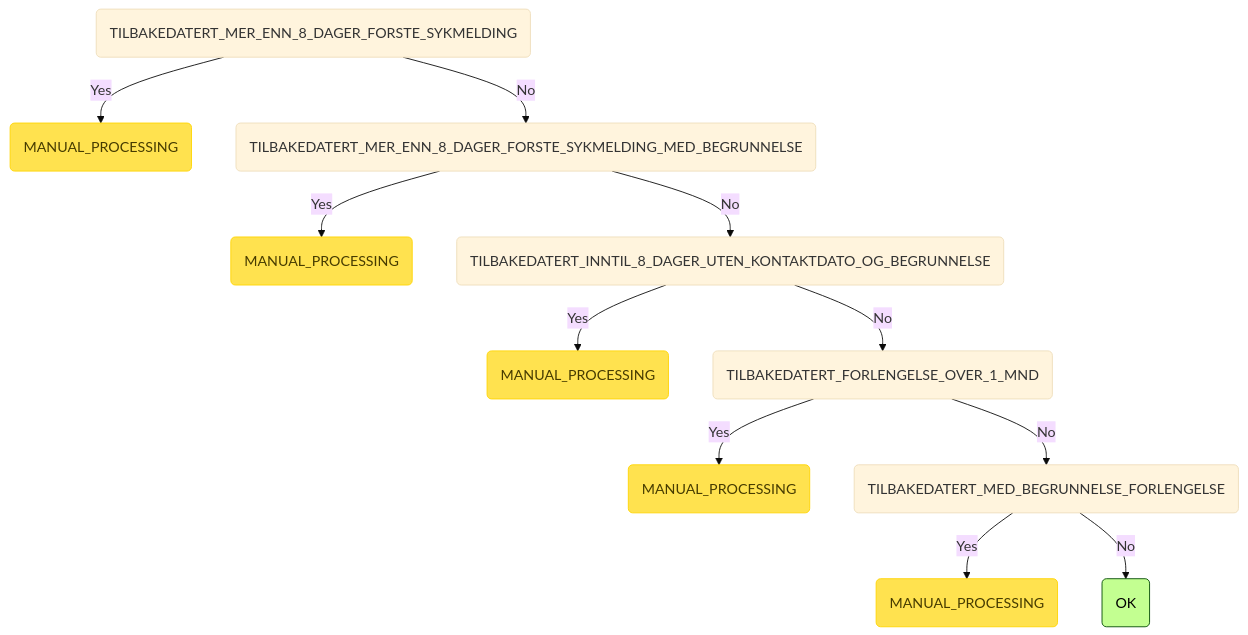
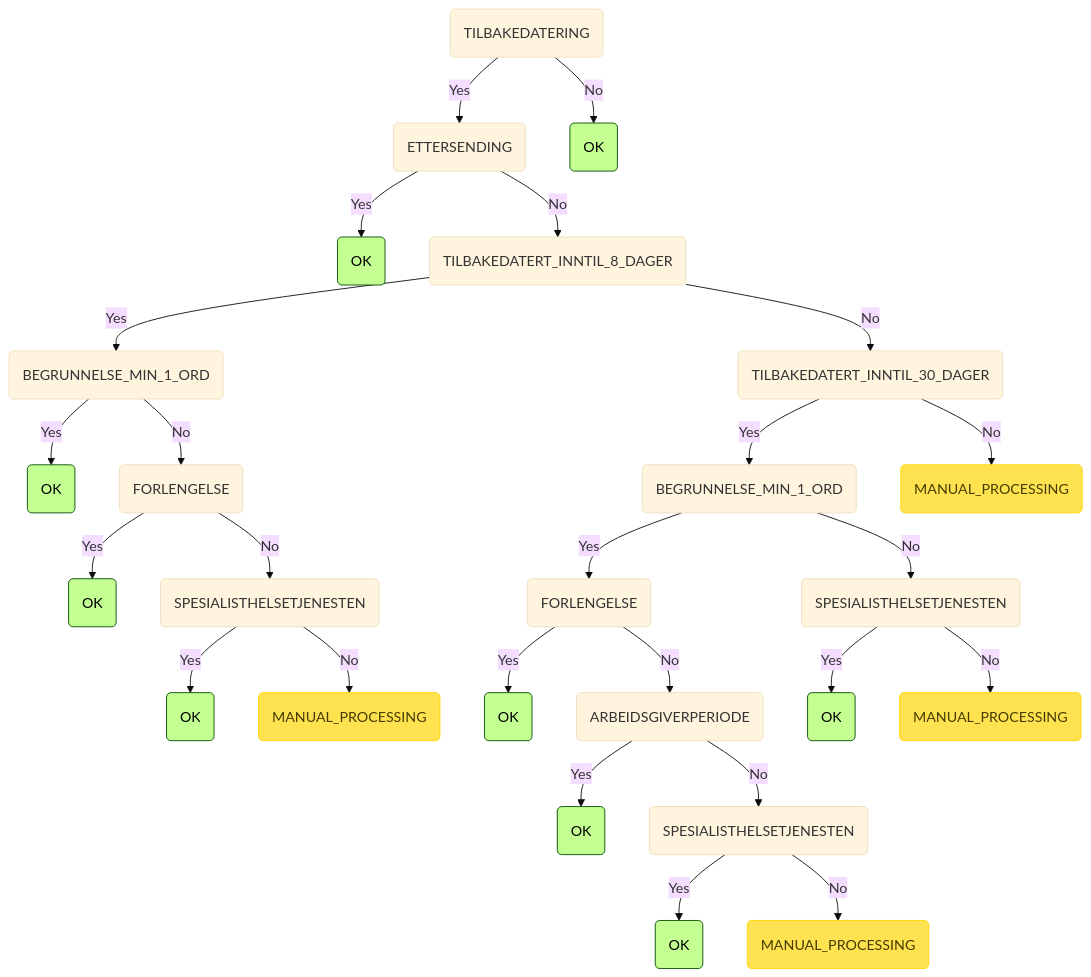
The fifth of 6 diagrams in README.md (navikt/syfosmpapirregler), drawn with Mermaid (base theme) before and after one commit. The commit also changed other lines of this file and 21 other files, not shown here.

````diff
--- a/README.md
+++ b/README.md
@@ -160,16 +160,30 @@
 ```mermaid
 graph TD
-    root(TILBAKEDATERT_MER_ENN_8_DAGER_FORSTE_SYKMELDING) -->|Yes| root_TILBAKEDATERT_MER_ENN_8_DAGER_FORSTE_SYKMELDING_MANUAL_PROCESSING(MANUAL_PROCESSING):::manuell
-    root(TILBAKEDATERT_MER_ENN_8_DAGER_FORSTE_SYKMELDING) -->|No| root_TILBAKEDATERT_MER_ENN_8_DAGER_FORSTE_SYKMELDING_TILBAKEDATERT_MER_ENN_8_DAGER_FORSTE_SYKMELDING_MED_BEGRUNNELSE(TILBAKEDATERT_MER_ENN_8_DAGER_FORSTE_SYKMELDING_MED_BEGRUNNELSE)
-    root_TILBAKEDATERT_MER_ENN_8_DAGER_FORSTE_SYKMELDING_TILBAKEDATERT_MER_ENN_8_DAGER_FORSTE_SYKMELDING_MED_BEGRUNNELSE(TILBAKEDATERT_MER_ENN_8_DAGER_FORSTE_SYKMELDING_MED_BEGRUNNELSE) -->|Yes| root_TILBAKEDATERT_MER_ENN_8_DAGER_FORSTE_SYKMELDING_TILBAKEDATERT_MER_ENN_8_DAGER_FORSTE_SYKMELDING_MED_BEGRUNNELSE_MANUAL_PROCESSING(MANUAL_PROCESSING):::manuell
-    root_TILBAKEDATERT_MER_ENN_8_DAGER_FORSTE_SYKMELDING_TILBAKEDATERT_MER_ENN_8_DAGER_FORSTE_SYKMELDING_MED_BEGRUNNELSE(TILBAKEDATERT_MER_ENN_8_DAGER_FORSTE_SYKMELDING_MED_BEGRUNNELSE) -->|No| root_TILBAKEDATERT_MER_ENN_8_DAGER_FORSTE_SYKMELDING_TILBAKEDATERT_MER_ENN_8_DAGER_FORSTE_SYKMELDING_MED_BEGRUNNELSE_TILBAKEDATERT_INNTIL_8_DAGER_UTEN_KONTAKTDATO_OG_BEGRUNNELSE(TILBAKEDATERT_INNTIL_8_DAGER_UTEN_KONTAKTDATO_OG_BEGRUNNELSE)
-    root_TILBAKEDATERT_MER_ENN_8_DAGER_FORSTE_SYKMELDING_TILBAKEDATERT_MER_ENN_8_DAGER_FORSTE_SYKMELDING_MED_BEGRUNNELSE_TILBAKEDATERT_INNTIL_8_DAGER_UTEN_KONTAKTDATO_OG_BEGRUNNELSE(TILBAKEDATERT_INNTIL_8_DAGER_UTEN_KONTAKTDATO_OG_BEGRUNNELSE) -->|Yes| root_TILBAKEDATERT_MER_ENN_8_DAGER_FORSTE_SYKMELDING_TILBAKEDATERT_MER_ENN_8_DAGER_FORSTE_SYKMELDING_MED_BEGRUNNELSE_TILBAKEDATERT_INNTIL_8_DAGER_UTEN_KONTAKTDATO_OG_BEGRUNNELSE_MANUAL_PROCESSING(MANUAL_PROCESSING):::manuell
-    root_TILBAKEDATERT_MER_ENN_8_DAGER_FORSTE_SYKMELDING_TILBAKEDATERT_MER_ENN_8_DAGER_FORSTE_SYKMELDING_MED_BEGRUNNELSE_TILBAKEDATERT_INNTIL_8_DAGER_UTEN_KONTAKTDATO_OG_BEGRUNNELSE(TILBAKEDATERT_INNTIL_8_DAGER_UTEN_KONTAKTDATO_OG_BEGRUNNELSE) -->|No| root_TILBAKEDATERT_MER_ENN_8_DAGER_FORSTE_SYKMELDING_TILBAKEDATERT_MER_ENN_8_DAGER_FORSTE_SYKMELDING_MED_BEGRUNNELSE_TILBAKEDATERT_INNTIL_8_DAGER_UTEN_KONTAKTDATO_OG_BEGRUNNELSE_TILBAKEDATERT_FORLENGELSE_OVER_1_MND(TILBAKEDATERT_FORLENGELSE_OVER_1_MND)
-    root_TILBAKEDATERT_MER_ENN_8_DAGER_FORSTE_SYKMELDING_TILBAKEDATERT_MER_ENN_8_DAGER_FORSTE_SYKMELDING_MED_BEGRUNNELSE_TILBAKEDATERT_INNTIL_8_DAGER_UTEN_KONTAKTDATO_OG_BEGRUNNELSE_TILBAKEDATERT_FORLENGELSE_OVER_1_MND(TILBAKEDATERT_FORLENGELSE_OVER_1_MND) -->|Yes| root_TILBAKEDATERT_MER_ENN_8_DAGER_FORSTE_SYKMELDING_TILBAKEDATERT_MER_ENN_8_DAGER_FORSTE_SYKMELDING_MED_BEGRUNNELSE_TILBAKEDATERT_INNTIL_8_DAGER_UTEN_KONTAKTDATO_OG_BEGRUNNELSE_TILBAKEDATERT_FORLENGELSE_OVER_1_MND_MANUAL_PROCESSING(MANUAL_PROCESSING):::manuell
-    root_TILBAKEDATERT_MER_ENN_8_DAGER_FORSTE_SYKMELDING_TILBAKEDATERT_MER_ENN_8_DAGER_FORSTE_SYKMELDING_MED_BEGRUNNELSE_TILBAKEDATERT_INNTIL_8_DAGER_UTEN_KONTAKTDATO_OG_BEGRUNNELSE_TILBAKEDATERT_FORLENGELSE_OVER_1_MND(TILBAKEDATERT_FORLENGELSE_OVER_1_MND) -->|No| root_TILBAKEDATERT_MER_ENN_8_DAGER_FORSTE_SYKMELDING_TILBAKEDATERT_MER_ENN_8_DAGER_FORSTE_SYKMELDING_MED_BEGRUNNELSE_TILBAKEDATERT_INNTIL_8_DAGER_UTEN_KONTAKTDATO_OG_BEGRUNNELSE_TILBAKEDATERT_FORLENGELSE_OVER_1_MND_TILBAKEDATERT_MED_BEGRUNNELSE_FORLENGELSE(TILBAKEDATERT_MED_BEGRUNNELSE_FORLENGELSE)
-    root_TILBAKEDATERT_MER_ENN_8_DAGER_FORSTE_SYKMELDING_TILBAKEDATERT_MER_ENN_8_DAGER_FORSTE_SYKMELDING_MED_BEGRUNNELSE_TILBAKEDATERT_INNTIL_8_DAGER_UTEN_KONTAKTDATO_OG_BEGRUNNELSE_TILBAKEDATERT_FORLENGELSE_OVER_1_MND_TILBAKEDATERT_MED_BEGRUNNELSE_FORLENGELSE(TILBAKEDATERT_MED_BEGRUNNELSE_FORLENGELSE) -->|Yes| root_TILBAKEDATERT_MER_ENN_8_DAGER_FORSTE_SYKMELDING_TILBAKEDATERT_MER_ENN_8_DAGER_FORSTE_SYKMELDING_MED_BEGRUNNELSE_TILBAKEDATERT_INNTIL_8_DAGER_UTEN_KONTAKTDATO_OG_BEGRUNNELSE_TILBAKEDATERT_FORLENGELSE_OVER_1_MND_TILBAKEDATERT_MED_BEGRUNNELSE_FORLENGELSE_MANUAL_PROCESSING(MANUAL_PROCESSING):::manuell
-    root_TILBAKEDATERT_MER_ENN_8_DAGER_FORSTE_SYKMELDING_TILBAKEDATERT_MER_ENN_8_DAGER_FORSTE_SYKMELDING_MED_BEGRUNNELSE_TILBAKEDATERT_INNTIL_8_DAGER_UTEN_KONTAKTDATO_OG_BEGRUNNELSE_TILBAKEDATERT_FORLENGELSE_OVER_1_MND_TILBAKEDATERT_MED_BEGRUNNELSE_FORLENGELSE(TILBAKEDATERT_MED_BEGRUNNELSE_FORLENGELSE) -->|No| root_TILBAKEDATERT_MER_ENN_8_DAGER_FORSTE_SYKMELDING_TILBAKEDATERT_MER_ENN_8_DAGER_FORSTE_SYKMELDING_MED_BEGRUNNELSE_TILBAKEDATERT_INNTIL_8_DAGER_UTEN_KONTAKTDATO_OG_BEGRUNNELSE_TILBAKEDATERT_FORLENGELSE_OVER_1_MND_TILBAKEDATERT_MED_BEGRUNNELSE_FORLENGELSE_OK(OK):::ok
+    root(TILBAKEDATERING) -->|Yes| root_TILBAKEDATERING_ETTERSENDING(ETTERSENDING)
+    root_TILBAKEDATERING_ETTERSENDING(ETTERSENDING) -->|Yes| root_TILBAKEDATERING_ETTERSENDING_OK(OK):::ok
+    root_TILBAKEDATERING_ETTERSENDING(ETTERSENDING) -->|No| root_TILBAKEDATERING_ETTERSENDING_TILBAKEDATERT_INNTIL_8_DAGER(TILBAKEDATERT_INNTIL_8_DAGER)
+    root_TILBAKEDATERING_ETTERSENDING_TILBAKEDATERT_INNTIL_8_DAGER(TILBAKEDATERT_INNTIL_8_DAGER) -->|Yes| root_TILBAKEDATERING_ETTERSENDING_TILBAKEDATERT_INNTIL_8_DAGER_BEGRUNNELSE_MIN_1_ORD(BEGRUNNELSE_MIN_1_ORD)
+    root_TILBAKEDATERING_ETTERSENDING_TILBAKEDATERT_INNTIL_8_DAGER_BEGRUNNELSE_MIN_1_ORD(BEGRUNNELSE_MIN_1_ORD) -->|Yes| root_TILBAKEDATERING_ETTERSENDING_TILBAKEDATERT_INNTIL_8_DAGER_BEGRUNNELSE_MIN_1_ORD_OK(OK):::ok
+    root_TILBAKEDATERING_ETTERSENDING_TILBAKEDATERT_INNTIL_8_DAGER_BEGRUNNELSE_MIN_1_ORD(BEGRUNNELSE_MIN_1_ORD) -->|No| root_TILBAKEDATERING_ETTERSENDING_TILBAKEDATERT_INNTIL_8_DAGER_BEGRUNNELSE_MIN_1_ORD_FORLENGELSE(FORLENGELSE)
+    root_TILBAKEDATERING_ETTERSENDING_TILBAKEDATERT_INNTIL_8_DAGER_BEGRUNNELSE_MIN_1_ORD_FORLENGELSE(FORLENGELSE) -->|Yes| root_TILBAKEDATERING_ETTERSENDING_TILBAKEDATERT_INNTIL_8_DAGER_BEGRUNNELSE_MIN_1_ORD_FORLENGELSE_OK(OK):::ok
+    root_TILBAKEDATERING_ETTERSENDING_TILBAKEDATERT_INNTIL_8_DAGER_BEGRUNNELSE_MIN_1_ORD_FORLENGELSE(FORLENGELSE) -->|No| root_TILBAKEDATERING_ETTERSENDING_TILBAKEDATERT_INNTIL_8_DAGER_BEGRUNNELSE_MIN_1_ORD_FORLENGELSE_SPESIALISTHELSETJENESTEN(SPESIALISTHELSETJENESTEN)
+    root_TILBAKEDATERING_ETTERSENDING_TILBAKEDATERT_INNTIL_8_DAGER_BEGRUNNELSE_MIN_1_ORD_FORLENGELSE_SPESIALISTHELSETJENESTEN(SPESIALISTHELSETJENESTEN) -->|Yes| root_TILBAKEDATERING_ETTERSENDING_TILBAKEDATERT_INNTIL_8_DAGER_BEGRUNNELSE_MIN_1_ORD_FORLENGELSE_SPESIALISTHELSETJENESTEN_OK(OK):::ok
+    root_TILBAKEDATERING_ETTERSENDING_TILBAKEDATERT_INNTIL_8_DAGER_BEGRUNNELSE_MIN_1_ORD_FORLENGELSE_SPESIALISTHELSETJENESTEN(SPESIALISTHELSETJENESTEN) -->|No| root_TILBAKEDATERING_ETTERSENDING_TILBAKEDATERT_INNTIL_8_DAGER_BEGRUNNELSE_MIN_1_ORD_FORLENGELSE_SPESIALISTHELSETJENESTEN_MANUAL_PROCESSING(MANUAL_PROCESSING):::manuell
+    root_TILBAKEDATERING_ETTERSENDING_TILBAKEDATERT_INNTIL_8_DAGER(TILBAKEDATERT_INNTIL_8_DAGER) -->|No| root_TILBAKEDATERING_ETTERSENDING_TILBAKEDATERT_INNTIL_8_DAGER_TILBAKEDATERT_INNTIL_30_DAGER(TILBAKEDATERT_INNTIL_30_DAGER)
+    root_TILBAKEDATERING_ETTERSENDING_TILBAKEDATERT_INNTIL_8_DAGER_TILBAKEDATERT_INNTIL_30_DAGER(TILBAKEDATERT_INNTIL_30_DAGER) -->|Yes| root_TILBAKEDATERING_ETTERSENDING_TILBAKEDATERT_INNTIL_8_DAGER_TILBAKEDATERT_INNTIL_30_DAGER_BEGRUNNELSE_MIN_1_ORD(BEGRUNNELSE_MIN_1_ORD)
+    root_TILBAKEDATERING_ETTERSENDING_TILBAKEDATERT_INNTIL_8_DAGER_TILBAKEDATERT_INNTIL_30_DAGER_BEGRUNNELSE_MIN_1_ORD(BEGRUNNELSE_MIN_1_ORD) -->|Yes| root_TILBAKEDATERING_ETTERSENDING_TILBAKEDATERT_INNTIL_8_DAGER_TILBAKEDATERT_INNTIL_30_DAGER_BEGRUNNELSE_MIN_1_ORD_FORLENGELSE(FORLENGELSE)
+    root_TILBAKEDATERING_ETTERSENDING_TILBAKEDATERT_INNTIL_8_DAGER_TILBAKEDATERT_INNTIL_30_DAGER_BEGRUNNELSE_MIN_1_ORD_FORLENGELSE(FORLENGELSE) -->|Yes| root_TILBAKEDATERING_ETTERSENDING_TILBAKEDATERT_INNTIL_8_DAGER_TILBAKEDATERT_INNTIL_30_DAGER_BEGRUNNELSE_MIN_1_ORD_FORLENGELSE_OK(OK):::ok
+    root_TILBAKEDATERING_ETTERSENDING_TILBAKEDATERT_INNTIL_8_DAGER_TILBAKEDATERT_INNTIL_30_DAGER_BEGRUNNELSE_MIN_1_ORD_FORLENGELSE(FORLENGELSE) -->|No| root_TILBAKEDATERING_ETTERSENDING_TILBAKEDATERT_INNTIL_8_DAGER_TILBAKEDATERT_INNTIL_30_DAGER_BEGRUNNELSE_MIN_1_ORD_FORLENGELSE_ARBEIDSGIVERPERIODE(ARBEIDSGIVERPERIODE)
+    root_TILBAKEDATERING_ETTERSENDING_TILBAKEDATERT_INNTIL_8_DAGER_TILBAKEDATERT_INNTIL_30_DAGER_BEGRUNNELSE_MIN_1_ORD_FORLENGELSE_ARBEIDSGIVERPERIODE(ARBEIDSGIVERPERIODE) -->|Yes| root_TILBAKEDATERING_ETTERSENDING_TILBAKEDATERT_INNTIL_8_DAGER_TILBAKEDATERT_INNTIL_30_DAGER_BEGRUNNELSE_MIN_1_ORD_FORLENGELSE_ARBEIDSGIVERPERIODE_OK(OK):::ok
+    root_TILBAKEDATERING_ETTERSENDING_TILBAKEDATERT_INNTIL_8_DAGER_TILBAKEDATERT_INNTIL_30_DAGER_BEGRUNNELSE_MIN_1_ORD_FORLENGELSE_ARBEIDSGIVERPERIODE(ARBEIDSGIVERPERIODE) -->|No| root_TILBAKEDATERING_ETTERSENDING_TILBAKEDATERT_INNTIL_8_DAGER_TILBAKEDATERT_INNTIL_30_DAGER_BEGRUNNELSE_MIN_1_ORD_FORLENGELSE_ARBEIDSGIVERPERIODE_SPESIALISTHELSETJENESTEN(SPESIALISTHELSETJENESTEN)
+    root_TILBAKEDATERING_ETTERSENDING_TILBAKEDATERT_INNTIL_8_DAGER_TILBAKEDATERT_INNTIL_30_DAGER_BEGRUNNELSE_MIN_1_ORD_FORLENGELSE_ARBEIDSGIVERPERIODE_SPESIALISTHELSETJENESTEN(SPESIALISTHELSETJENESTEN) -->|Yes| root_TILBAKEDATERING_ETTERSENDING_TILBAKEDATERT_INNTIL_8_DAGER_TILBAKEDATERT_INNTIL_30_DAGER_BEGRUNNELSE_MIN_1_ORD_FORLENGELSE_ARBEIDSGIVERPERIODE_SPESIALISTHELSETJENESTEN_OK(OK):::ok
+    root_TILBAKEDATERING_ETTERSENDING_TILBAKEDATERT_INNTIL_8_DAGER_TILBAKEDATERT_INNTIL_30_DAGER_BEGRUNNELSE_MIN_1_ORD_FORLENGELSE_ARBEIDSGIVERPERIODE_SPESIALISTHELSETJENESTEN(SPESIALISTHELSETJENESTEN) -->|No| root_TILBAKEDATERING_ETTERSENDING_TILBAKEDATERT_INNTIL_8_DAGER_TILBAKEDATERT_INNTIL_30_DAGER_BEGRUNNELSE_MIN_1_ORD_FORLENGELSE_ARBEIDSGIVERPERIODE_SPESIALISTHELSETJENESTEN_MANUAL_PROCESSING(MANUAL_PROCESSING):::manuell
+    root_TILBAKEDATERING_ETTERSENDING_TILBAKEDATERT_INNTIL_8_DAGER_TILBAKEDATERT_INNTIL_30_DAGER_BEGRUNNELSE_MIN_1_ORD(BEGRUNNELSE_MIN_1_ORD) -->|No| root_TILBAKEDATERING_ETTERSENDING_TILBAKEDATERT_INNTIL_8_DAGER_TILBAKEDATERT_INNTIL_30_DAGER_BEGRUNNELSE_MIN_1_ORD_SPESIALISTHELSETJENESTEN(SPESIALISTHELSETJENESTEN)
+    root_TILBAKEDATERING_ETTERSENDING_TILBAKEDATERT_INNTIL_8_DAGER_TILBAKEDATERT_INNTIL_30_DAGER_BEGRUNNELSE_MIN_1_ORD_SPESIALISTHELSETJENESTEN(SPESIALISTHELSETJENESTEN) -->|Yes| root_TILBAKEDATERING_ETTERSENDING_TILBAKEDATERT_INNTIL_8_DAGER_TILBAKEDATERT_INNTIL_30_DAGER_BEGRUNNELSE_MIN_1_ORD_SPESIALISTHELSETJENESTEN_OK(OK):::ok
+    root_TILBAKEDATERING_ETTERSENDING_TILBAKEDATERT_INNTIL_8_DAGER_TILBAKEDATERT_INNTIL_30_DAGER_BEGRUNNELSE_MIN_1_ORD_SPESIALISTHELSETJENESTEN(SPESIALISTHELSETJENESTEN) -->|No| root_TILBAKEDATERING_ETTERSENDING_TILBAKEDATERT_INNTIL_8_DAGER_TILBAKEDATERT_INNTIL_30_DAGER_BEGRUNNELSE_MIN_1_ORD_SPESIALISTHELSETJENESTEN_MANUAL_PROCESSING(MANUAL_PROCESSING):::manuell
+    root_TILBAKEDATERING_ETTERSENDING_TILBAKEDATERT_INNTIL_8_DAGER_TILBAKEDATERT_INNTIL_30_DAGER(TILBAKEDATERT_INNTIL_30_DAGER) -->|No| root_TILBAKEDATERING_ETTERSENDING_TILBAKEDATERT_INNTIL_8_DAGER_TILBAKEDATERT_INNTIL_30_DAGER_MANUAL_PROCESSING(MANUAL_PROCESSING):::manuell
+    root(TILBAKEDATERING) -->|No| root_TILBAKEDATERING_OK(OK):::ok
     classDef ok fill:#c3ff91,stroke:#004a00,color: black;
     classDef invalid fill:#ff7373,stroke:#ff0000,color: black;
     classDef manuell fill:#ffe24f,stroke:#ffd500,color: #473c00;
 ```
````
